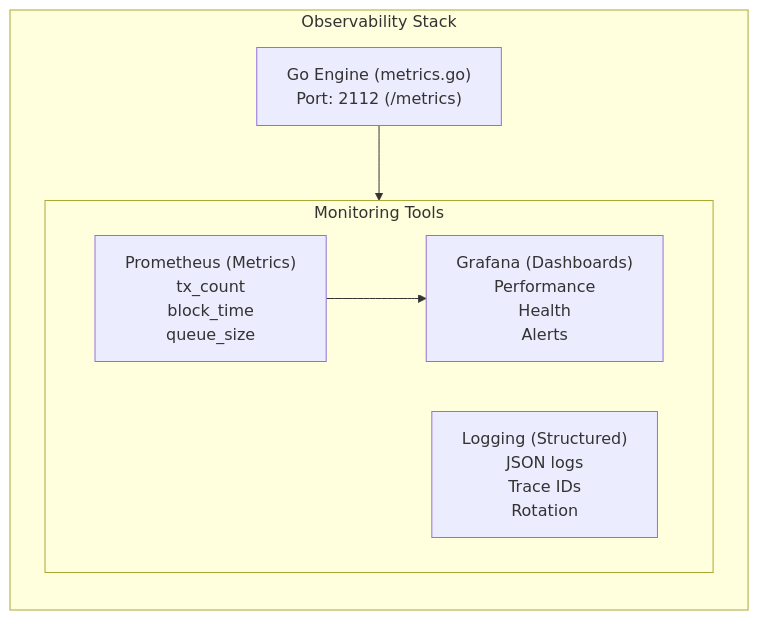
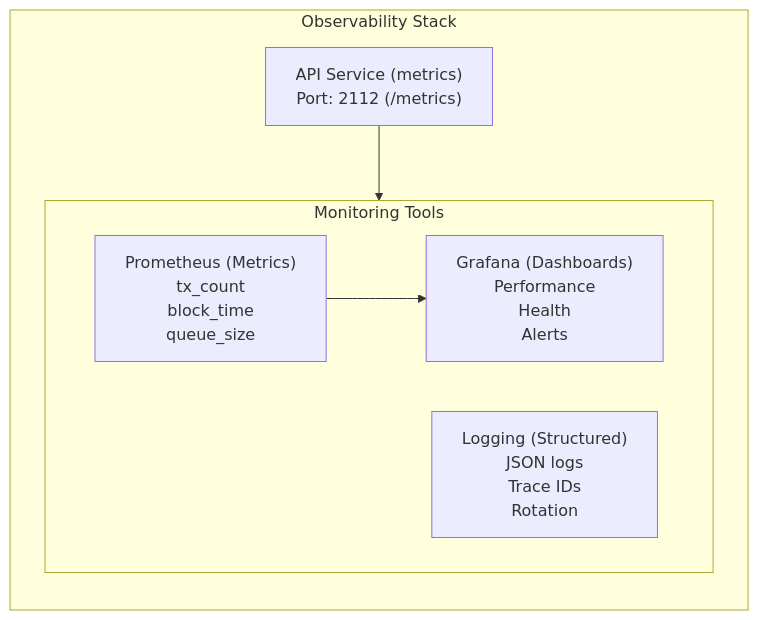
Before and after one commit to VanDung-dev/HieraChain: diagram 14 of 14 in ARCHITECTURE.md, drawn with Mermaid. The commit also changed other lines of this file and 2 other files, not shown here.

First line of the commit message:
docs: remove references to Go Engine and update version badge

````diff
--- a/ARCHITECTURE.md
+++ b/ARCHITECTURE.md
@@ -571,16 +498,16 @@
 ```mermaid
 flowchart TB
     subgraph ObsStack["Observability Stack"]
         direction TB
         subgraph Tools["Monitoring Tools"]
             direction LR
             PROM["Prometheus (Metrics)<br/>tx_count<br/>block_time<br/>queue_size"]
             GRAF["Grafana (Dashboards)<br/>Performance<br/>Health<br/>Alerts"]
             LOG["Logging (Structured)<br/>JSON logs<br/>Trace IDs<br/>Rotation"]
         end
 
-        ENGINE["Go Engine (metrics.go)<br/>Port: 2112 (/metrics)"]
+        ENGINE["API Service (metrics)<br/>Port: 2112 (/metrics)"]
 
         ENGINE --> PROM --> GRAF
     end
 ```
````
